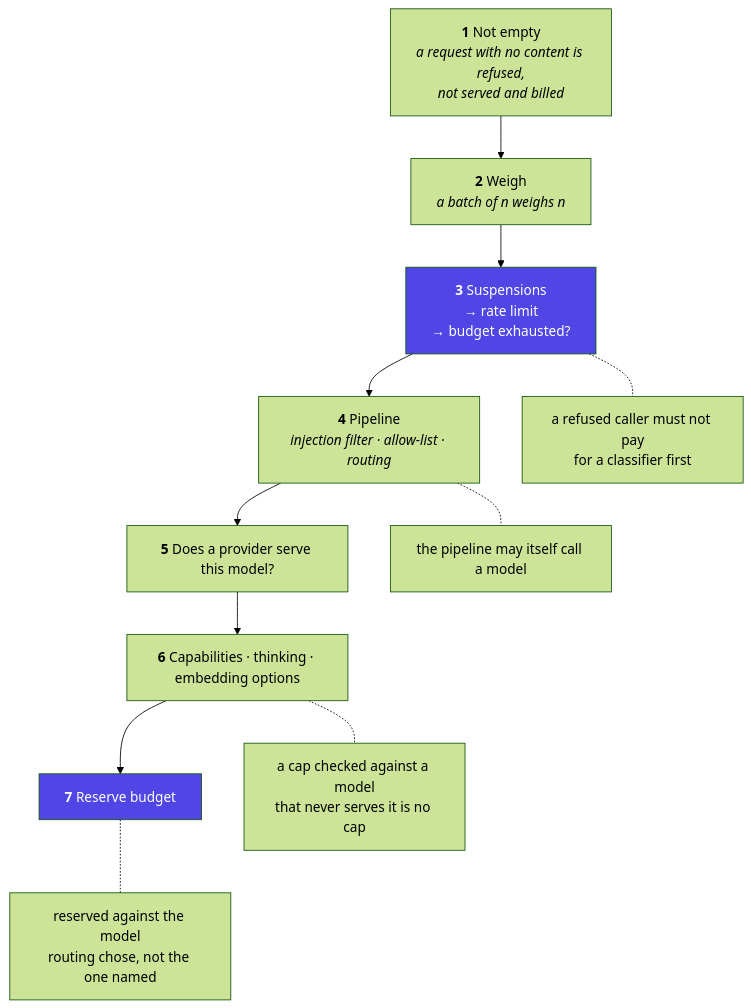
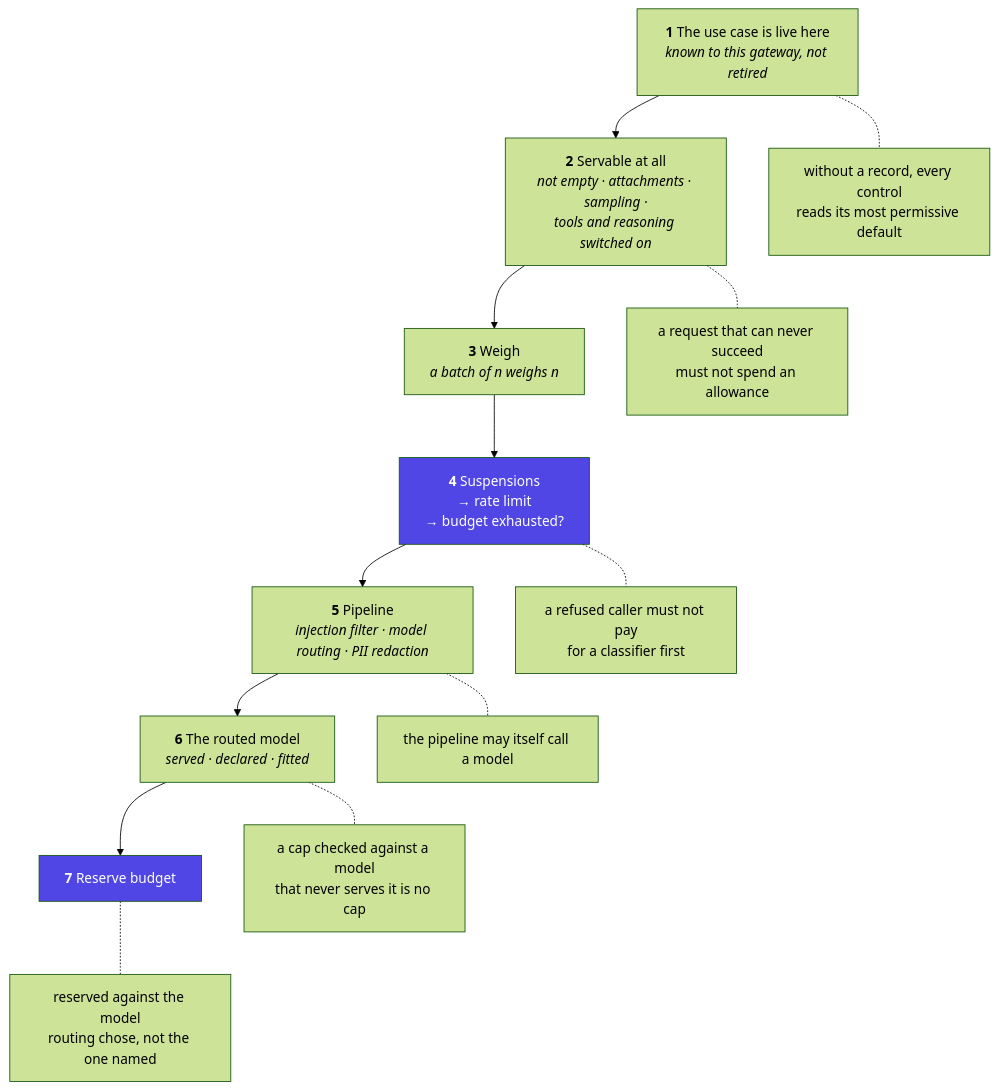
The third of 6 diagrams in docs/REQUEST-LIFECYCLE.md (InigoImago/AIRA-Gateway), drawn with Mermaid (forest theme) before and after one commit. The commit also changed other lines of this file and 179 other files, not shown here.

First line of the commit message:
merge: every document read against its code

````diff
--- a/docs/REQUEST-LIFECYCLE.md
+++ b/docs/REQUEST-LIFECYCLE.md
@@ -134,25 +171,29 @@
 ```mermaid
 graph TB
-    s1["<b>1</b> Not empty<br/><i>a request with no content is refused,<br/>not served and billed</i>"]
-    s2["<b>2</b> Weigh<br/><i>a batch of n weighs n</i>"]
-    s3["<b>3</b> Suspensions<br/>→ rate limit<br/>→ budget exhausted?"]
-    s4["<b>4</b> Pipeline<br/><i>injection filter · allow-list · routing</i>"]
-    s5["<b>5</b> Does a provider serve this model?"]
-    s6["<b>6</b> Capabilities · thinking · embedding options"]
+    s1["<b>1</b> The use case is live here<br/><i>known to this gateway, not retired</i>"]
+    s2["<b>2</b> Servable at all<br/><i>not empty · attachments · sampling ·<br/>tools and reasoning switched on</i>"]
+    s3["<b>3</b> Weigh<br/><i>a batch of n weighs n</i>"]
+    s4["<b>4</b> Suspensions<br/>→ rate limit<br/>→ budget exhausted?"]
+    s5["<b>5</b> Pipeline<br/><i>injection filter · model routing · PII redaction</i>"]
+    s6["<b>6</b> The routed model<br/><i>served · declared · fitted</i>"]
     s7["<b>7</b> Reserve budget"]
 
     s1 --> s2 --> s3 --> s4 --> s5 --> s6 --> s7
 
-    n3["a refused caller must not pay<br/>for a classifier first"]
-    n4["the pipeline may itself call a model"]
+    n1["without a record, every control<br/>reads its most permissive default"]
+    n2["a request that can never succeed<br/>must not spend an allowance"]
+    n4["a refused caller must not pay<br/>for a classifier first"]
+    n5["the pipeline may itself call a model"]
     n6["a cap checked against a model<br/>that never serves it is no cap"]
     n7["reserved against the model<br/>routing chose, not the one named"]
 
-    s3 -.- n3
+    s1 -.- n1
+    s2 -.- n2
     s4 -.- n4
+    s5 -.- n5
     s6 -.- n6
     s7 -.- n7
 
-    style s3 fill:#4f46e5,color:#fff
+    style s4 fill:#4f46e5,color:#fff
     style s7 fill:#4f46e5,color:#fff
 ```
````
